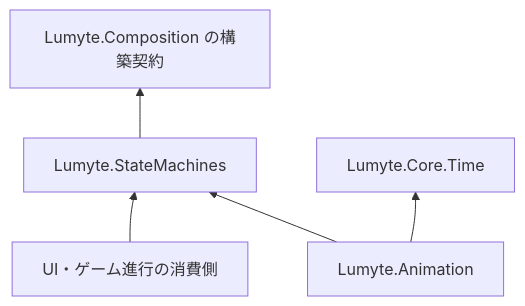
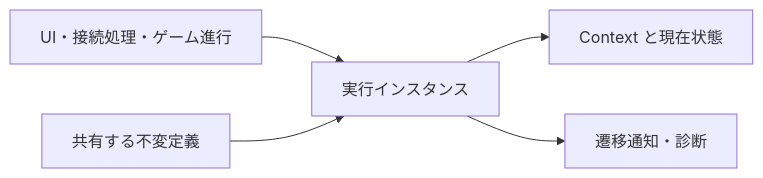
The diagram in docs/adr/core/CORE-0001-state-machine.md (ikihiki/Lumyte), drawn with Mermaid before and after one commit. The commit also changed other lines of this file and 1 other file, not shown here.

````diff
--- a/docs/adr/core/CORE-0001-state-machine.md
+++ b/docs/adr/core/CORE-0001-state-machine.md
@@ -22,7 +22,7 @@
 ```mermaid
-flowchart BT
-    A[Lumyte.Animation] --> S[Lumyte.StateMachines]
-    U[UI・ゲーム進行の消費側] --> S
-    S --> C[Lumyte.Composition の構築契約]
-    A --> T[Lumyte.Core.Time]
+flowchart LR
+    U[UI・接続処理・ゲーム進行] --> I[実行インスタンス]
+    D[共有する不変定義] --> I
+    I --> C[Context と現在状態]
+    I --> N[遷移通知・診断]
 ```
````
